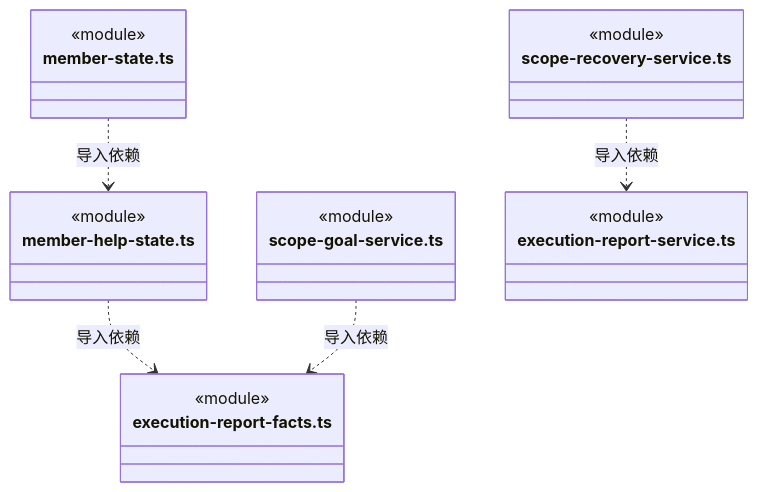
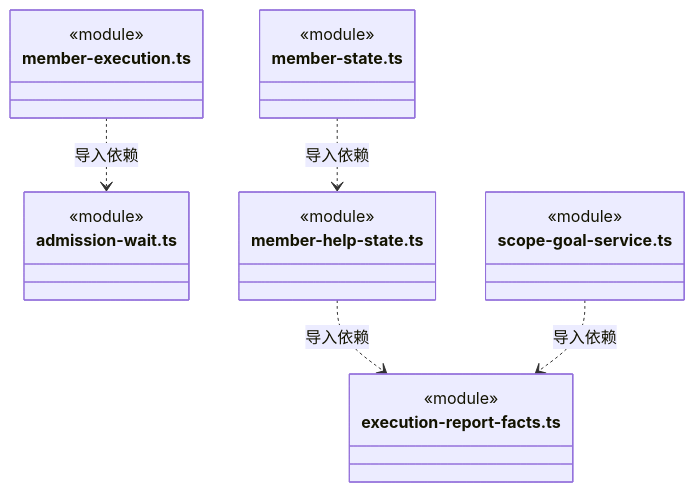
Diagram 39 of 44 in src/backend/scheduler-engine/execution/ARCHITECTURE.md (nan023062/cbim), drawn with Mermaid before and after one commit. The commit also changed other lines of this file and 53 other files, not shown here.

````diff
--- a/src/backend/scheduler-engine/execution/ARCHITECTURE.md
+++ b/src/backend/scheduler-engine/execution/ARCHITECTURE.md
@@ -1041,25 +1080,25 @@
 ```mermaid
 classDiagram
+class N_src_backend_scheduler_engine_execution_member_execution_ts["member-execution.ts"] {
+  <<module>>
+}
+class N_src_backend_scheduler_engine_execution_admission_wait_ts["admission-wait.ts"] {
+  <<module>>
+}
 class N_src_backend_scheduler_engine_execution_member_help_state_ts["member-help-state.ts"] {
   <<module>>
 }
 class N_src_backend_scheduler_engine_execution_execution_report_facts_ts["execution-report-facts.ts"] {
   <<module>>
 }
 class N_src_backend_scheduler_engine_execution_member_state_ts["member-state.ts"] {
   <<module>>
 }
 class N_src_backend_scheduler_engine_execution_scope_goal_service_ts["scope-goal-service.ts"] {
   <<module>>
 }
-class N_src_backend_scheduler_engine_execution_scope_recovery_service_ts["scope-recovery-service.ts"] {
-  <<module>>
-}
-class N_src_backend_scheduler_engine_execution_execution_report_service_ts["execution-report-service.ts"] {
-  <<module>>
-}
+N_src_backend_scheduler_engine_execution_member_execution_ts ..> N_src_backend_scheduler_engine_execution_admission_wait_ts : 导入依赖
 N_src_backend_scheduler_engine_execution_member_help_state_ts ..> N_src_backend_scheduler_engine_execution_execution_report_facts_ts : 导入依赖
 N_src_backend_scheduler_engine_execution_member_state_ts ..> N_src_backend_scheduler_engine_execution_member_help_state_ts : 导入依赖
 N_src_backend_scheduler_engine_execution_scope_goal_service_ts ..> N_src_backend_scheduler_engine_execution_execution_report_facts_ts : 导入依赖
-N_src_backend_scheduler_engine_execution_scope_recovery_service_ts ..> N_src_backend_scheduler_engine_execution_execution_report_service_ts : 导入依赖
 ```
````
